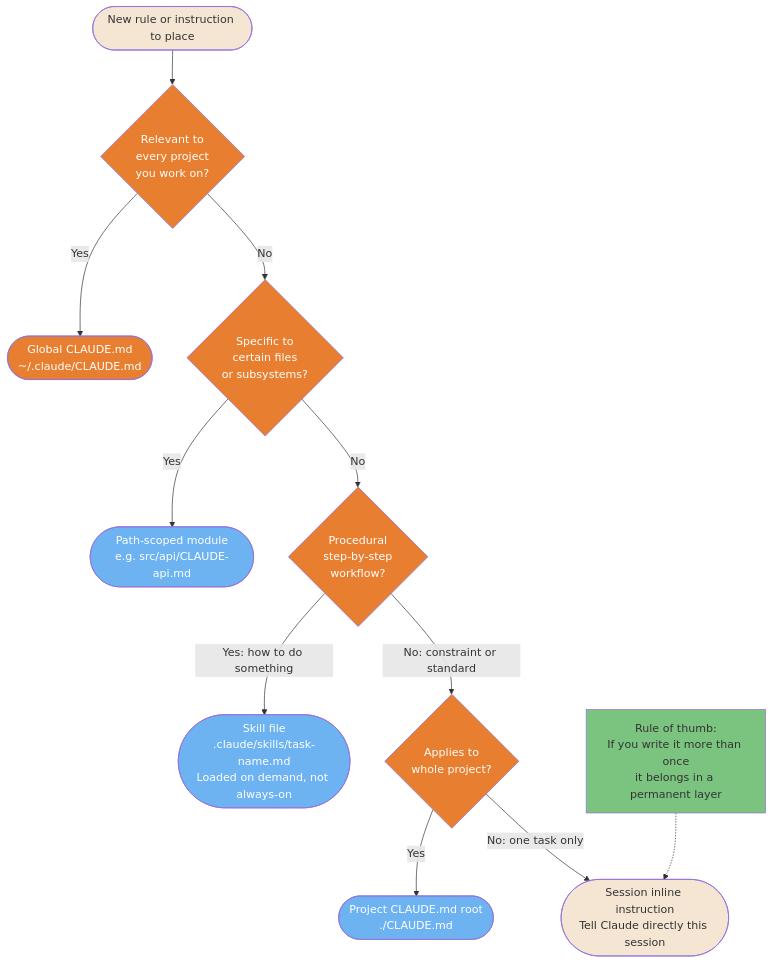
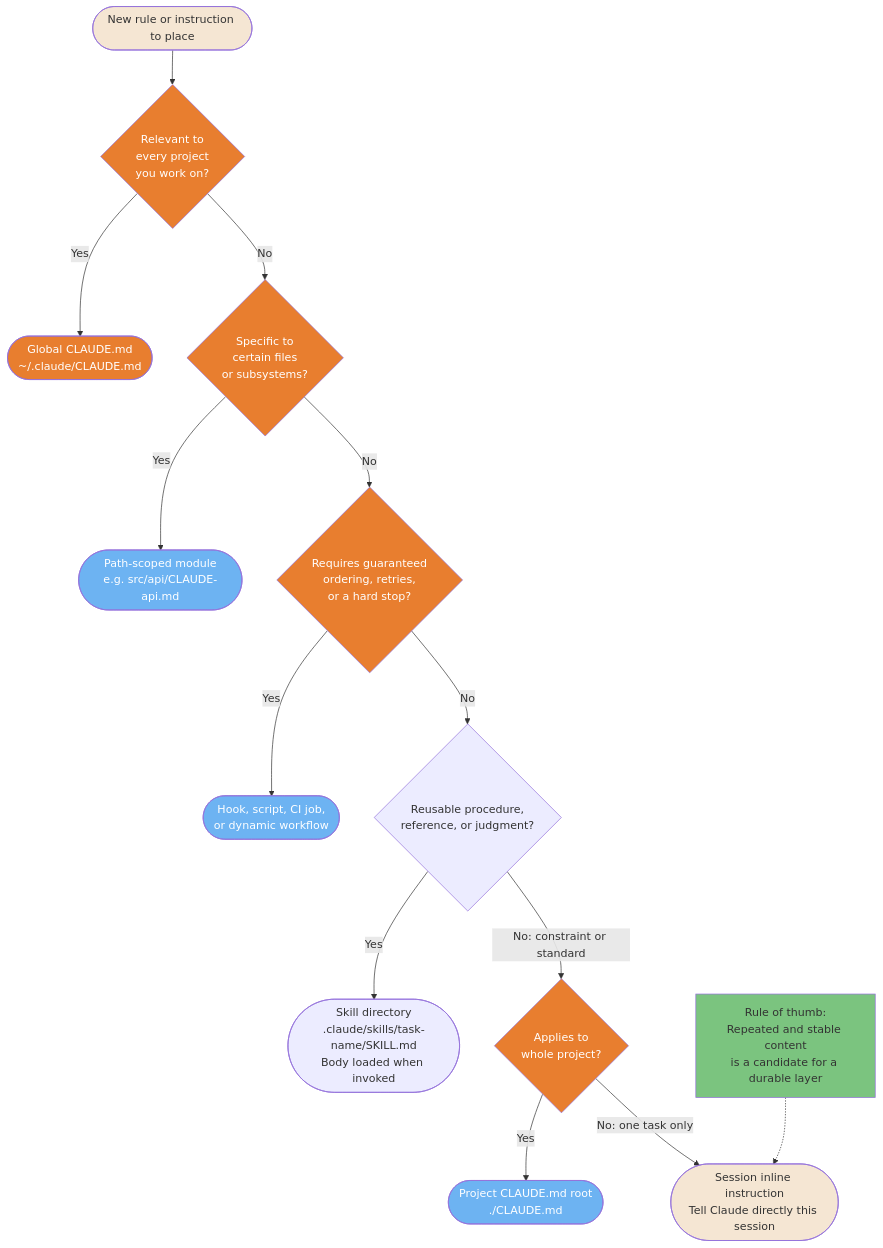
One commit to FlorianBruniaux/claude-code-ultimate-guide changed the fourth of 4 diagrams in guide/diagrams/11-context-engineering.md. Above: the diagram before and after it, drawn with Mermaid. The commit also changed 19 other files, not shown here.

````diff
--- a/guide/diagrams/11-context-engineering.md
+++ b/guide/diagrams/11-context-engineering.md
@@ -222,41 +222,42 @@
 ```mermaid
 flowchart TD
     A([New rule or instruction to place]) --> B{Relevant to\nevery project\nyou work on?}
     B -->|Yes| C([Global CLAUDE.md<br/>~/.claude/CLAUDE.md])
 
     B -->|No| D{Specific to\ncertain files\nor subsystems?}
     D -->|Yes| E([Path-scoped module<br/>e.g. src/api/CLAUDE-api.md])
 
-    D -->|No| F{Procedural<br/>step-by-step\nworkflow?}
-    F -->|Yes: how to do something| G([Skill file<br/>.claude/skills/task-name.md<br/>Loaded on demand, not always-on])
-
-    F -->|No: constraint or standard| H{Applies to<br/>whole project?}
+    D -->|No| F{Requires guaranteed<br/>ordering, retries,<br/>or a hard stop?}
+    F -->|Yes| G([Hook, script, CI job,<br/>or dynamic workflow])
+    F -->|No| K{Reusable procedure,<br/>reference, or judgment?}
+    K -->|Yes| L([Skill directory<br/>.claude/skills/task-name/SKILL.md<br/>Body loaded when invoked])
+    K -->|No: constraint or standard| H{Applies to<br/>whole project?}
     H -->|Yes| I([Project CLAUDE.md root<br/>./CLAUDE.md])
     H -->|No: one task only| J([Session inline instruction<br/>Tell Claude directly this session])
 
-    RULE["Rule of thumb:<br/>If you write it more than once<br/>it belongs in a permanent layer"] -.-> J
+    RULE["Rule of thumb:<br/>Repeated and stable content<br/>is a candidate for a durable layer"] -.-> J
 
     style A fill:#F5E6D3,color:#333
     style B fill:#E87E2F,color:#fff
     style D fill:#E87E2F,color:#fff
     style F fill:#E87E2F,color:#fff
     style H fill:#E87E2F,color:#fff
     style C fill:#E87E2F,color:#fff
     style E fill:#6DB3F2,color:#fff
     style G fill:#6DB3F2,color:#fff
     style I fill:#6DB3F2,color:#fff
     style J fill:#F5E6D3,color:#333
     style RULE fill:#7BC47F,color:#333
 
     click A href "https://github.com/FlorianBruniaux/claude-code-ultimate-guide/blob/main/guide/core/context-engineering.md#3-configuration-hierarchy" "New rule to place"
     click B href "https://github.com/FlorianBruniaux/claude-code-ultimate-guide/blob/main/guide/core/context-engineering.md#3-configuration-hierarchy" "Relevant to every project?"
     click C href "https://github.com/FlorianBruniaux/claude-code-ultimate-guide/blob/main/guide/ultimate-guide.md#31-memory-files-claudemd" "Global CLAUDE.md"
     click D href "https://github.com/FlorianBruniaux/claude-code-ultimate-guide/blob/main/guide/core/context-engineering.md#4-modular-architecture" "Specific to certain files?"
     click E href "https://github.com/FlorianBruniaux/claude-code-ultimate-guide/blob/main/guide/core/context-engineering.md#4-modular-architecture" "Path-scoped module"
     click F href "https://github.com/FlorianBruniaux/claude-code-ultimate-guide/blob/main/guide/core/context-engineering.md#4-modular-architecture" "Procedural workflow?"
     click G href "https://github.com/FlorianBruniaux/claude-code-ultimate-guide/blob/main/guide/ultimate-guide.md#51-understanding-skills" "Skill file"
     click H href "https://github.com/FlorianBruniaux/claude-code-ultimate-guide/blob/main/guide/core/context-engineering.md#3-configuration-hierarchy" "Whole project?"
     click I href "https://github.com/FlorianBruniaux/claude-code-ultimate-guide/blob/main/guide/ultimate-guide.md#31-memory-files-claudemd" "Project CLAUDE.md root"
     click J href "https://github.com/FlorianBruniaux/claude-code-ultimate-guide/blob/main/guide/core/context-engineering.md#3-configuration-hierarchy" "Session inline"
     click RULE href "https://github.com/FlorianBruniaux/claude-code-ultimate-guide/blob/main/guide/core/context-engineering.md#3-configuration-hierarchy" "Rule of thumb"
 ```
````
